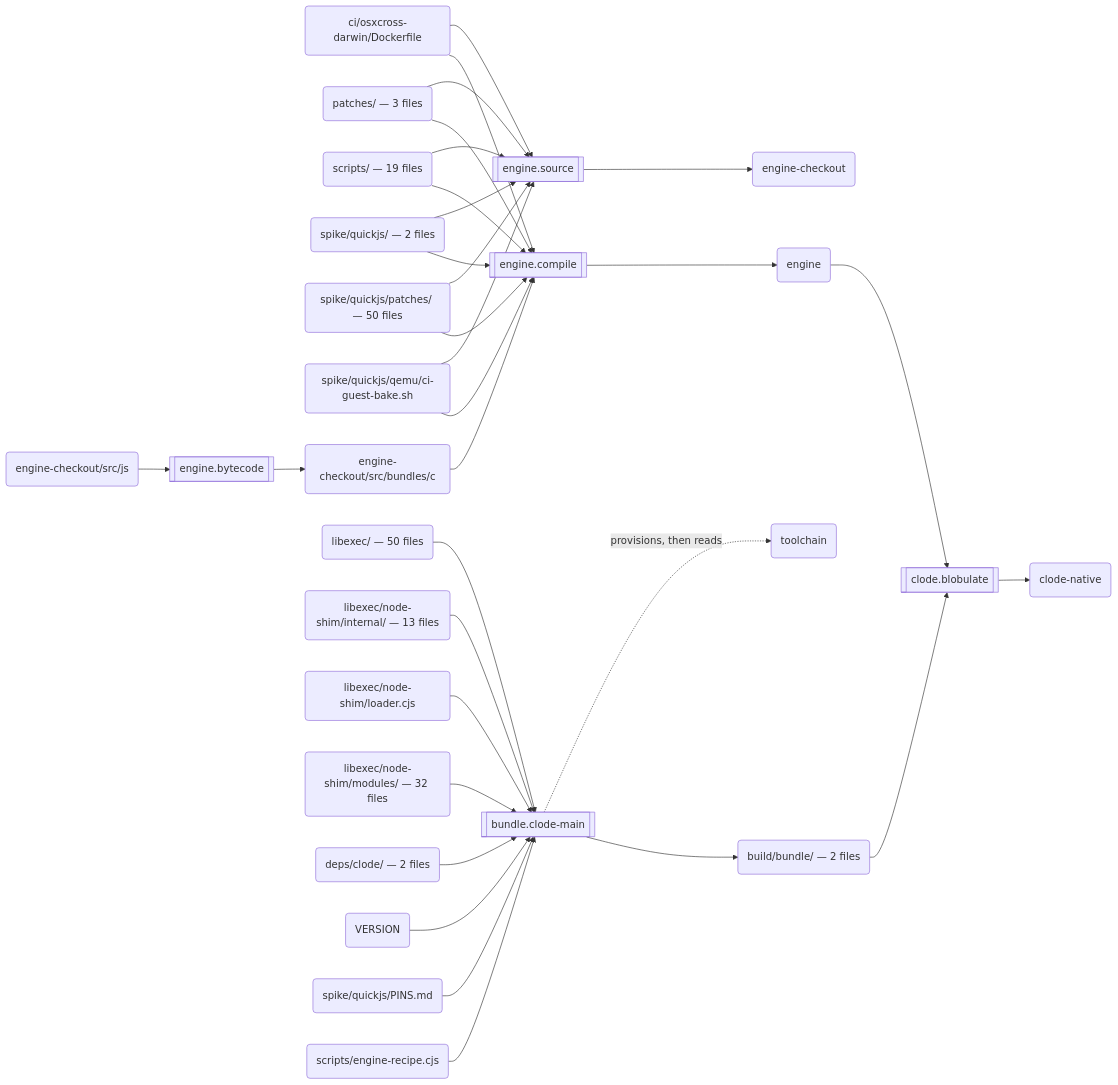
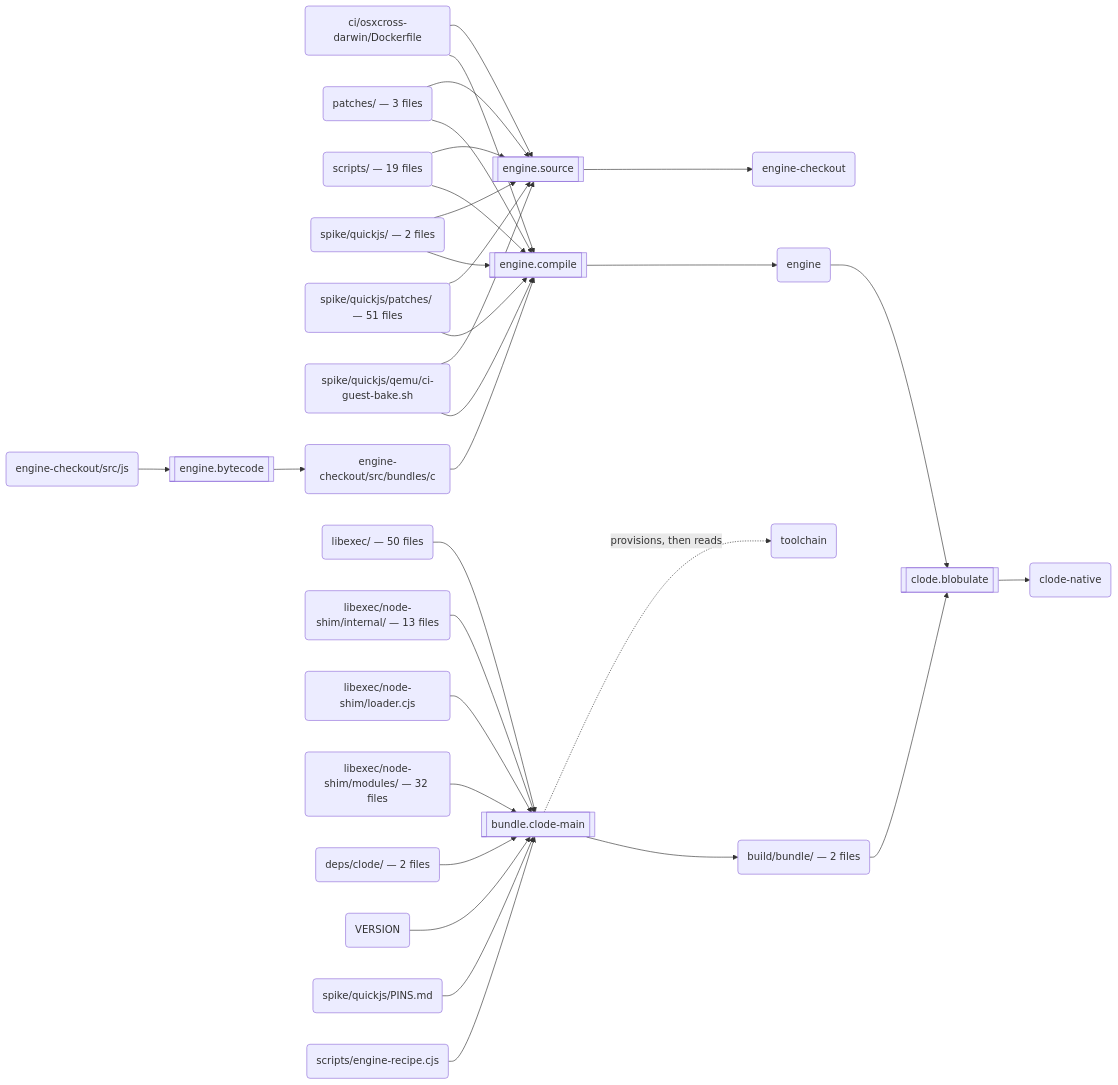
Before and after one commit to schmonz/clode: the second of 3 diagrams in docs/build.md, drawn with Mermaid. The commit also changed other lines of this file and 4 other files, not shown here.

````diff
--- a/docs/build.md
+++ b/docs/build.md
@@ -123,59 +123,59 @@
 ```mermaid
 flowchart LR
   s0[["engine.source"]]
   a0("ci/osxcross-darwin/Dockerfile")
   a1("patches/ — 3 files")
   a2("scripts/ — 19 files")
   a3("spike/quickjs/ — 2 files")
-  a4("spike/quickjs/patches/ — 50 files")
+  a4("spike/quickjs/patches/ — 51 files")
   a5("spike/quickjs/qemu/ci-guest-bake.sh")
   a6("engine-checkout")
   s1[["engine.bytecode"]]
   a7("engine-checkout/src/js")
   a8("engine-checkout/src/bundles/c")
   s2[["engine.compile"]]
   a9("engine")
   s3[["bundle.clode-main"]]
   a10("libexec/ — 50 files")
   a11("libexec/node-shim/internal/ — 13 files")
   a12("libexec/node-shim/loader.cjs")
   a13("libexec/node-shim/modules/ — 32 files")
   a14("deps/clode/ — 2 files")
   a15("VERSION")
   a16("spike/quickjs/PINS.md")
   a17("scripts/engine-recipe.cjs")
   a18("toolchain")
   a19("build/bundle/ — 2 files")
   s4[["clode.blobulate"]]
   a20("clode-native")
   a0 --> s0
   a1 --> s0
   a2 --> s0
   a3 --> s0
   a4 --> s0
   a5 --> s0
   s0 --> a6
   a7 --> s1
   s1 --> a8
   a8 --> s2
   a0 --> s2
   a1 --> s2
   a2 --> s2
   a3 --> s2
   a4 --> s2
   a5 --> s2
   s2 --> a9
   a10 --> s3
   a11 --> s3
   a12 --> s3
   a13 --> s3
   a14 --> s3
   a15 --> s3
   a16 --> s3
   a17 --> s3
   s3 -.->|"provisions, then reads"| a18
   s3 --> a19
   a9 --> s4
   a19 --> s4
   s4 --> a20
 ```
````
